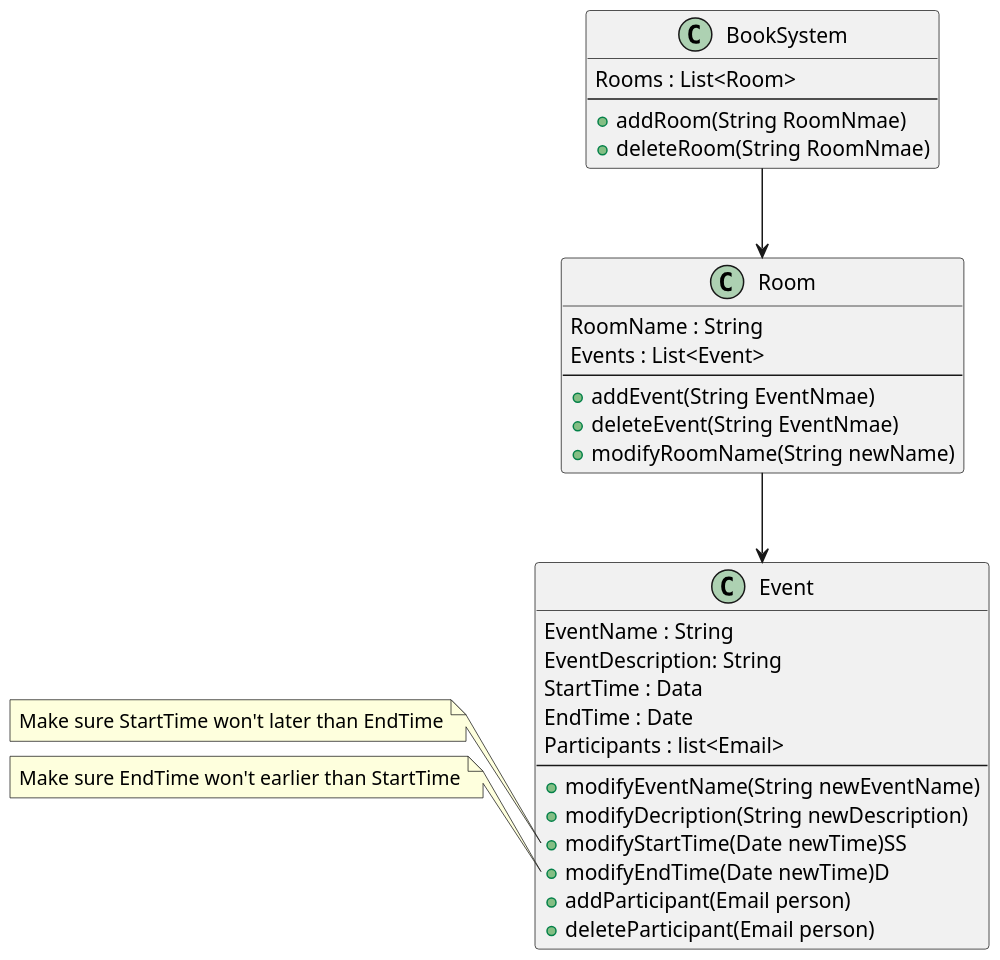
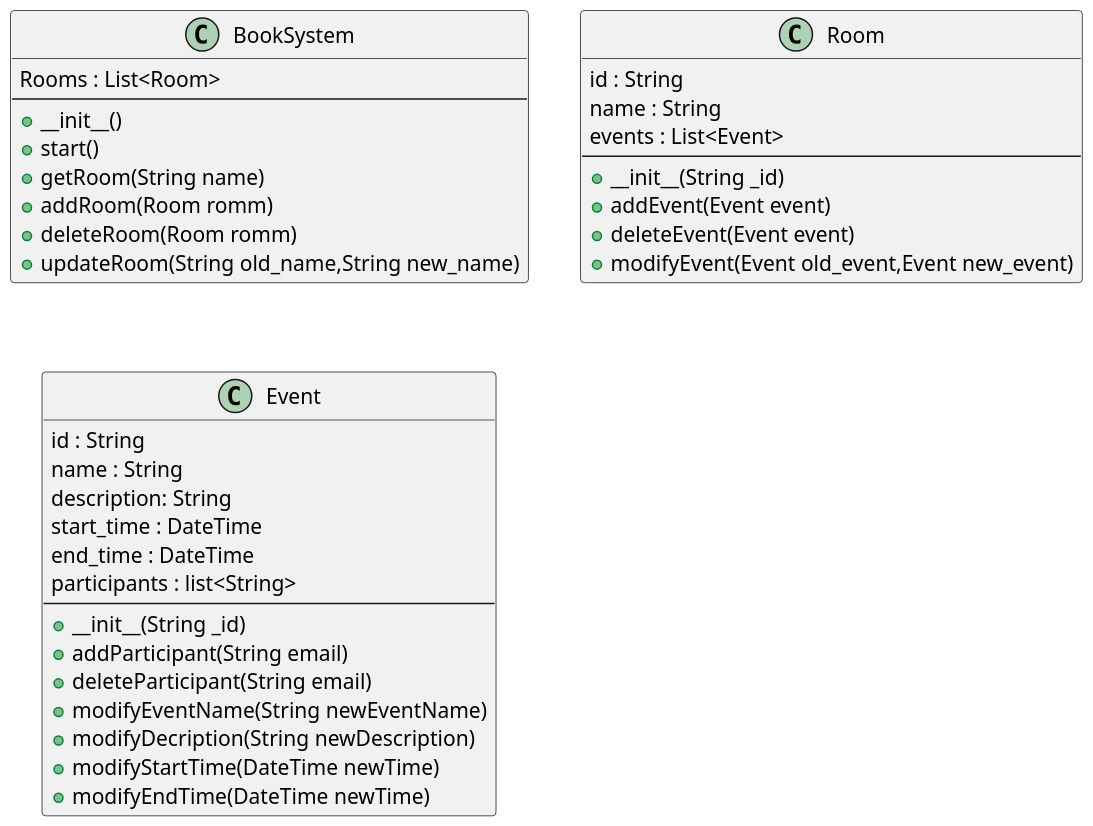
Before and after one commit to BrendonJYHsieh/BookSystem: the diagram in Documents/SystemStructure.wsd, drawn with PlantUML. The commit also changed 9 other files, not shown here.

```diff
--- a/Documents/SystemStructure.wsd
+++ b/Documents/SystemStructure.wsd
@@ -1,41 +1,43 @@
-@startuml Reservation System
+@startuml Booking System
 scale 1.5
-Class Event {
-    EventName : String
-    EventDescription: String
-    StartTime : Data
-    EndTime : Date
-    Participants : list<Email>
-    --
-    + modifyEventName(String newEventName)
-    + modifyDecription(String newDescription)
-    + modifyStartTime(Date newTime)SS
-    + modifyEndTime(Date newTime)D
-    + addParticipant(Email person)
-    + deleteParticipant(Email person)
-}
-Class Room {
-    RoomName : String
-    Events : List<Event>
-    --
-    + addEvent(String EventNmae)
-    + deleteEvent(String EventNmae)
-    + modifyRoomName(String newName)
-}
 class BookSystem {
     Rooms : List<Room>
     --
-    + addRoom(String RoomNmae)
-    + deleteRoom(String RoomNmae)
+    + __init__()
+    + start()
+    + getRoom(String name)
+    + addRoom(Room romm)
+    + deleteRoom(Room romm)
+    + updateRoom(String old_name,String new_name)
 }
-note left of Event::"modifyStartTime(Date newTime)"
- Make sure StartTime won't later than EndTime
-end note
+Class Room {
+    id : String
+    name : String
+    events : List<Event>
+    --
+    + __init__(String _id)
+    + addEvent(Event event)
+    + deleteEvent(Event event)
+    + modifyEvent(Event old_event,Event new_event)
+}
 
-note left of Event::"modifyEndTime(Date newTime)"
- Make sure EndTime won't earlier than StartTime
-end note
+Class Event {
+    id : String
+    name : String
+    description: String
+    start_time : DateTime
+    end_time : DateTime
+    participants : list<String>
+    --
+    + __init__(String _id)
+    + addParticipant(String email)
+    + deleteParticipant(String email)
+    + modifyEventName(String newEventName)
+    + modifyDecription(String newDescription)
+    + modifyStartTime(DateTime newTime)
+    + modifyEndTime(DateTime newTime)
+}
 
-BookSystem --> Room
-Room --> Event
+'BookSystem --> Room
+'Room --> Event
 @enduml
```
